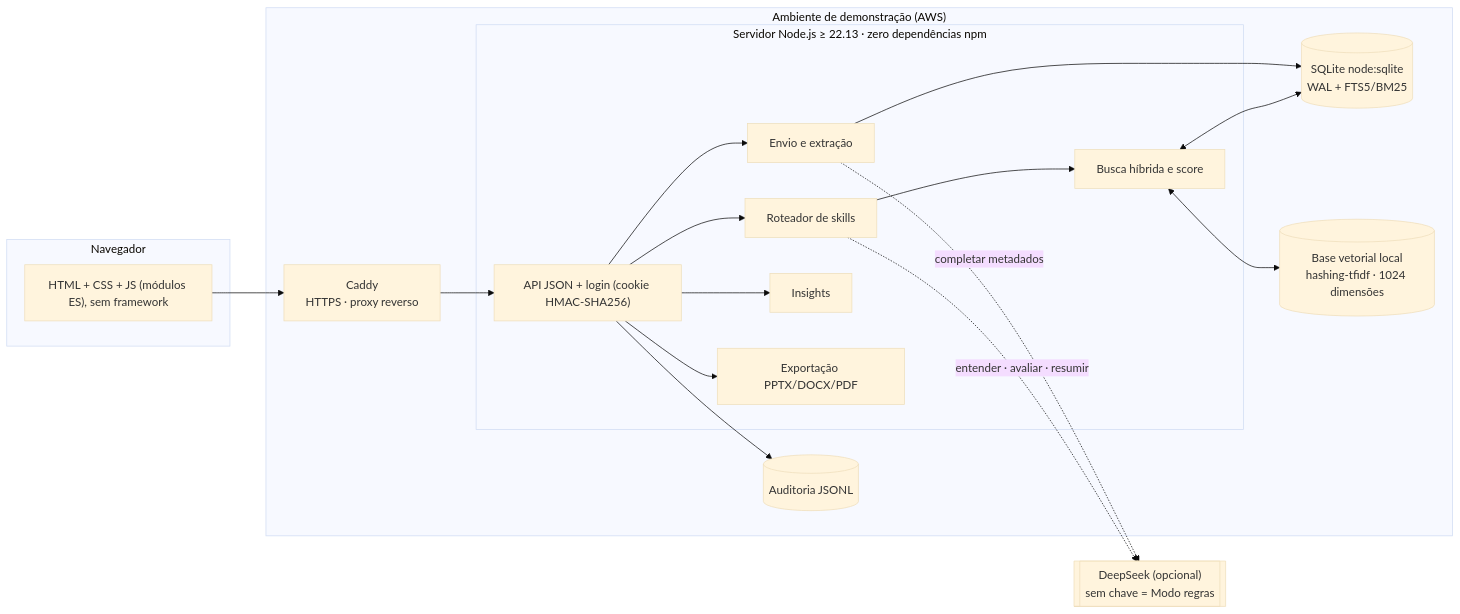
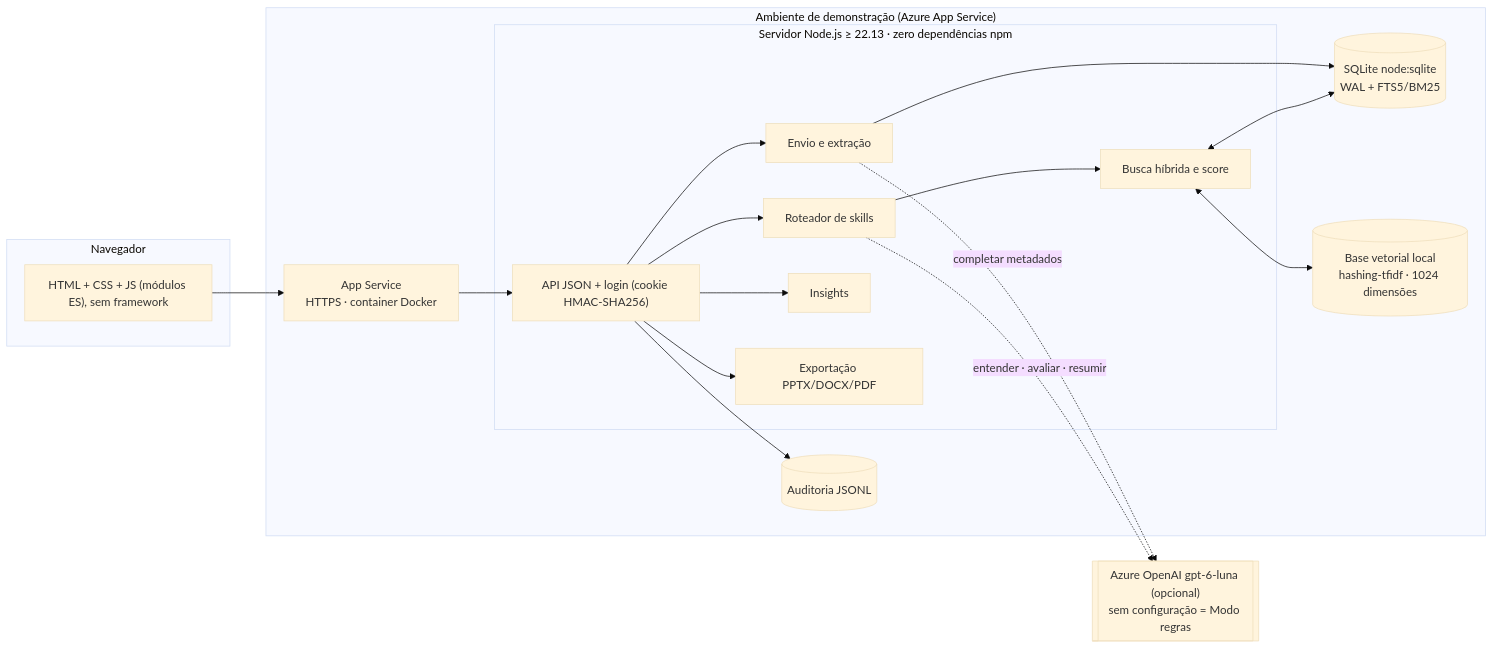
One commit to ivanltds/ntt-power-house changed the fifth of 10 diagrams in radar-v0/docs/DOCUMENTACAO-DO-PROJETO.md. Above: the diagram before and after it, drawn with Mermaid (base theme). The commit also changed other lines of this file and 9 other files, not shown here.

First line of the commit message:
Radar: textos e documentação com Azure OpenAI, .dockerignore fechado e guia de deploy revisado

````diff
--- a/radar-v0/docs/DOCUMENTACAO-DO-PROJETO.md
+++ b/radar-v0/docs/DOCUMENTACAO-DO-PROJETO.md
@@ -385,33 +385,33 @@
 ```mermaid
 flowchart LR
   subgraph N["Navegador"]
     UI["HTML + CSS + JS (módulos ES), sem framework"]
   end
-  subgraph AWS["Ambiente de demonstração (AWS)"]
-    CD["Caddy<br/>HTTPS · proxy reverso"]
+  subgraph AWS["Ambiente de demonstração (Azure App Service)"]
+    CD["App Service<br/>HTTPS · container Docker"]
     subgraph NODE["Servidor Node.js ≥ 22.13 · zero dependências npm"]
       API["API JSON + login (cookie HMAC-SHA256)"]
       SK["Roteador de skills"]
       BUS["Busca híbrida e score"]
       UP["Envio e extração"]
       PN["Insights"]
       EX["Exportação PPTX/DOCX/PDF"]
     end
     DB[("SQLite node:sqlite<br/>WAL + FTS5/BM25")]
     VS[("Base vetorial local<br/>hashing-tfidf · 1024 dimensões")]
     AU[("Auditoria JSONL")]
   end
-  IA[["DeepSeek (opcional)<br/>sem chave = Modo regras"]]
+  IA[["Azure OpenAI gpt-6-luna (opcional)<br/>sem configuração = Modo regras"]]
 
   UI --> CD --> API
   API --> SK --> BUS
   API --> UP
   API --> PN
   API --> EX
   BUS <--> DB
   BUS <--> VS
   UP --> DB
   API --> AU
   SK -. entender · avaliar · resumir .-> IA
   UP -. completar metadados .-> IA
 ```
````
